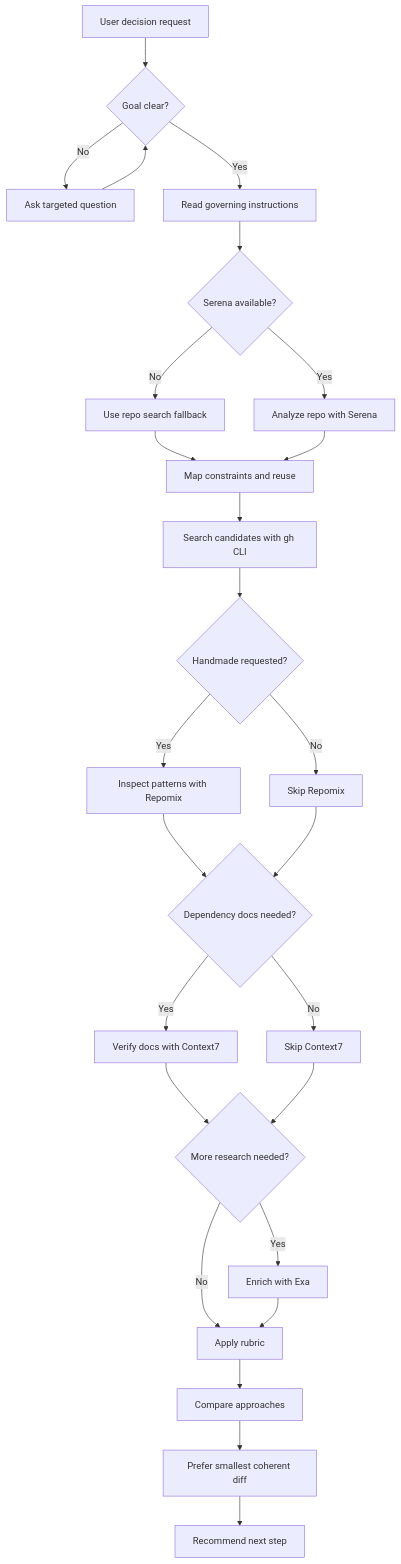
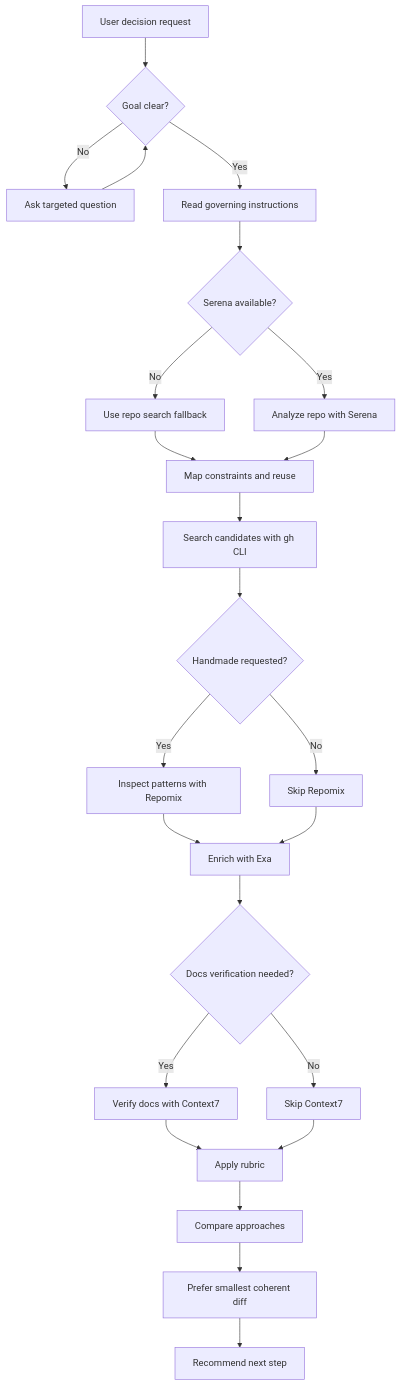
One commit to mvagnon/plan-based-agentic-workflow changed the diagram in skills/brainstorm/SKILL.md. Above: the diagram before and after it, drawn with Mermaid. The commit also changed other lines of this file, not shown here.

````diff
--- a/skills/brainstorm/SKILL.md
+++ b/skills/brainstorm/SKILL.md
@@ -24,28 +24,26 @@
 ```mermaid
 flowchart TD
   A[User decision request] --> B{Goal clear?}
   B -->|No| C[Ask targeted question]
   C --> B
   B -->|Yes| D[Read governing instructions]
   D --> E{Serena available?}
   E -->|No| F[Use repo search fallback]
   E -->|Yes| G[Analyze repo with Serena]
   F --> H[Map constraints and reuse]
   G --> H
   H --> I[Search candidates with gh CLI]
   I --> J{Handmade requested?}
   J -->|Yes| K[Inspect patterns with Repomix]
   J -->|No| L[Skip Repomix]
-  K --> M{Dependency docs needed?}
+  K --> M[Enrich with Exa]
   L --> M
-  M -->|Yes| N[Verify docs with Context7]
-  M -->|No| O[Skip Context7]
-  N --> P{More research needed?}
-  O --> P
-  P -->|Yes| Q[Enrich with Exa]
-  P -->|No| R[Apply rubric]
-  Q --> R
+  M --> N{Docs verification needed?}
+  N -->|Yes| O[Verify docs with Context7]
+  N -->|No| P[Skip Context7]
+  O --> R[Apply rubric]
+  P --> R
   R --> S[Compare approaches]
   S --> T[Prefer smallest coherent diff]
   T --> U[Recommend next step]
 ```
````
